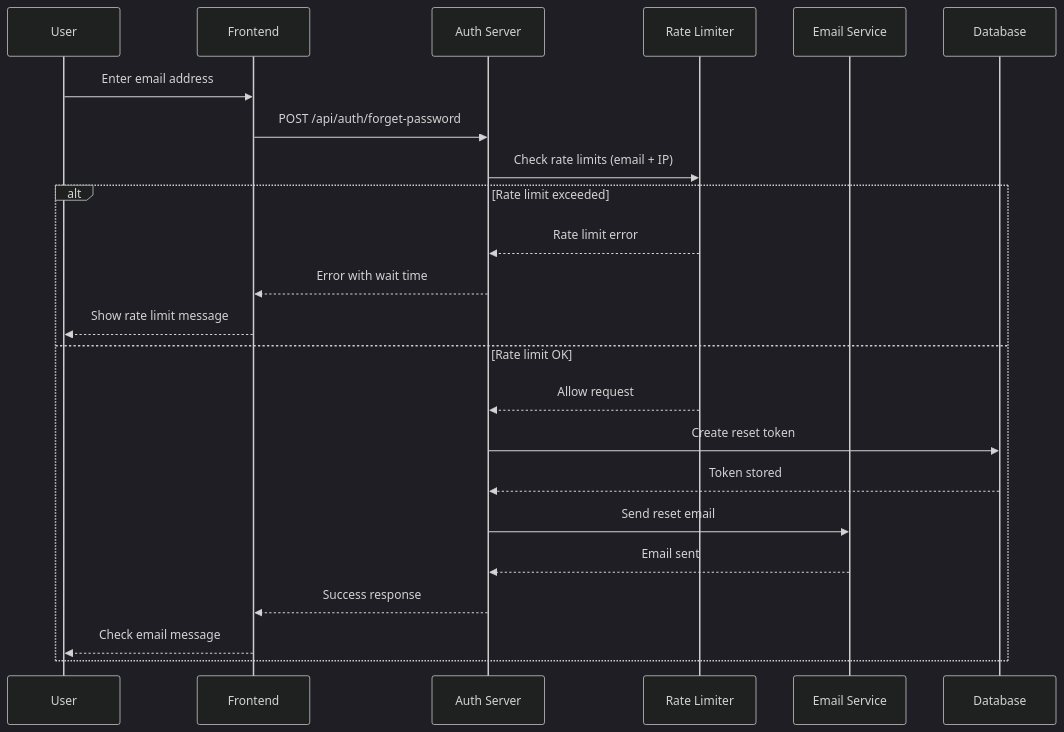
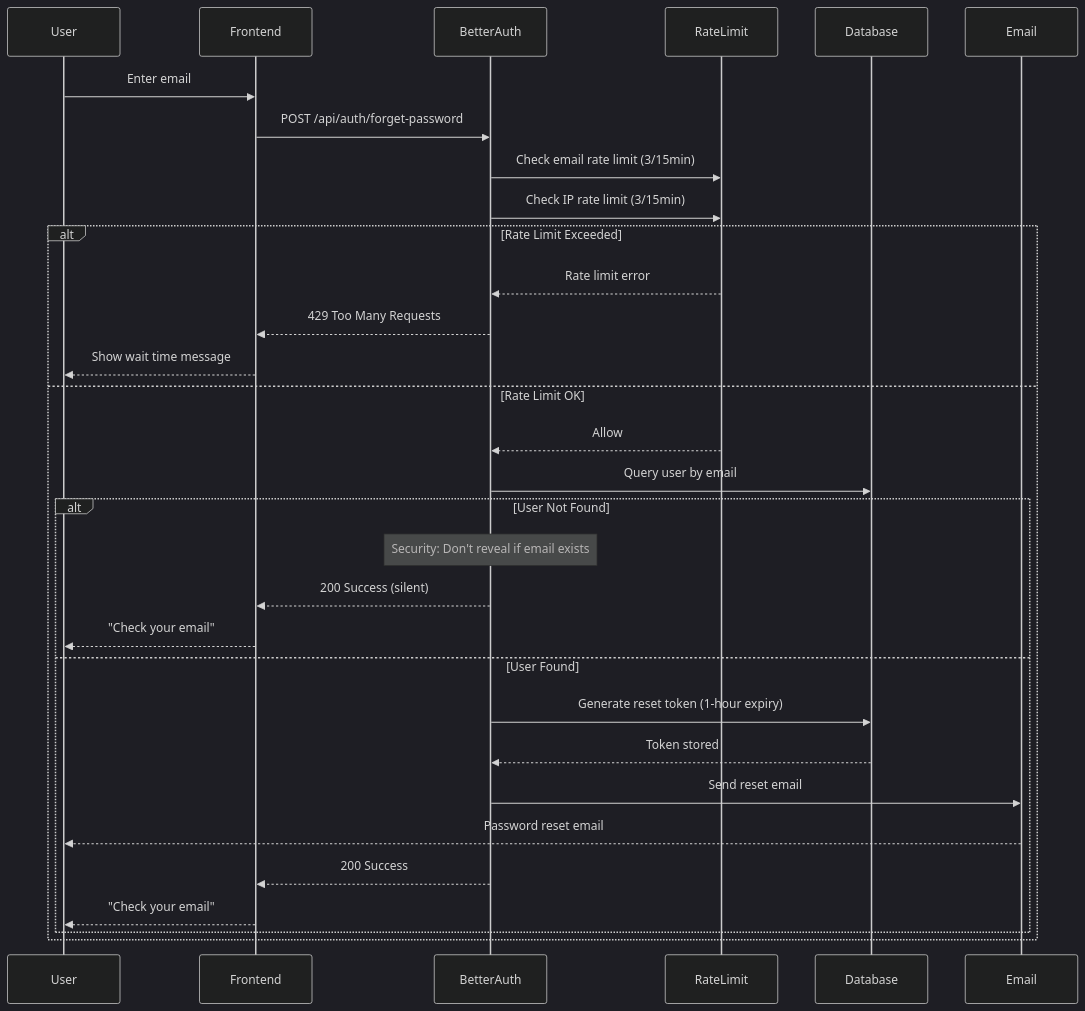
One commit to supercheck-io/supercheck changed the fourth of 15 diagrams in specs/AUTHENTICATION.md. Above: the diagram before and after it, drawn with Mermaid (dark theme). The commit also changed other lines of this file and 2 other files, not shown here.

First line of the commit message:
docs(specs): update API_KEY_SYSTEM, AUTHENTICATION, and add OBSERVABILITY specs

````diff
--- a/specs/AUTHENTICATION.md
+++ b/specs/AUTHENTICATION.md
@@ -83,27 +153,37 @@
 ```mermaid
 sequenceDiagram
-    participant U as User
-    participant F as Frontend
-    participant A as Auth Server
-    participant R as Rate Limiter
-    participant E as Email Service
-    participant DB as Database
-    
-    U->>F: Enter email address
-    F->>A: POST /api/auth/forget-password
-    A->>R: Check rate limits (email + IP)
-    
-    alt Rate limit exceeded
-        R-->>A: Rate limit error
-        A-->>F: Error with wait time
-        F-->>U: Show rate limit message
-    else Rate limit OK
-        R-->>A: Allow request
-        A->>DB: Create reset token
-        DB-->>A: Token stored
-        A->>E: Send reset email
-        E-->>A: Email sent
-        A-->>F: Success response
-        F-->>U: Check email message
+    participant User
+    participant Frontend
+    participant BetterAuth
+    participant RateLimit
+    participant Database
+    participant Email
+
+    User->>Frontend: Enter email
+    Frontend->>BetterAuth: POST /api/auth/forget-password
+
+    BetterAuth->>RateLimit: Check email rate limit (3/15min)
+    BetterAuth->>RateLimit: Check IP rate limit (3/15min)
+
+    alt Rate Limit Exceeded
+        RateLimit-->>BetterAuth: Rate limit error
+        BetterAuth-->>Frontend: 429 Too Many Requests
+        Frontend-->>User: Show wait time message
+    else Rate Limit OK
+        RateLimit-->>BetterAuth: Allow
+        BetterAuth->>Database: Query user by email
+
+        alt User Not Found
+            Note over BetterAuth: Security: Don't reveal if email exists
+            BetterAuth-->>Frontend: 200 Success (silent)
+            Frontend-->>User: "Check your email"
+        else User Found
+            BetterAuth->>Database: Generate reset token (1-hour expiry)
+            Database-->>BetterAuth: Token stored
+            BetterAuth->>Email: Send reset email
+            Email-->>User: Password reset email
+            BetterAuth-->>Frontend: 200 Success
+            Frontend-->>User: "Check your email"
+        end
     end
 ```
````
